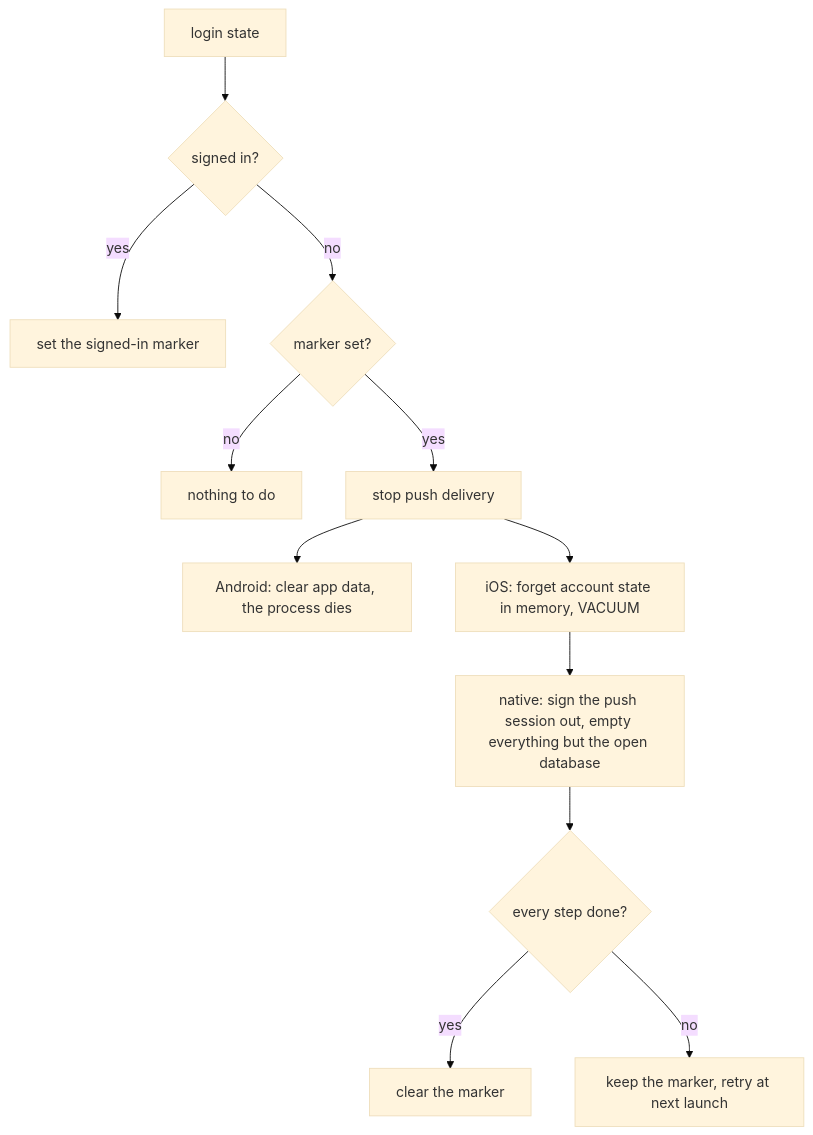
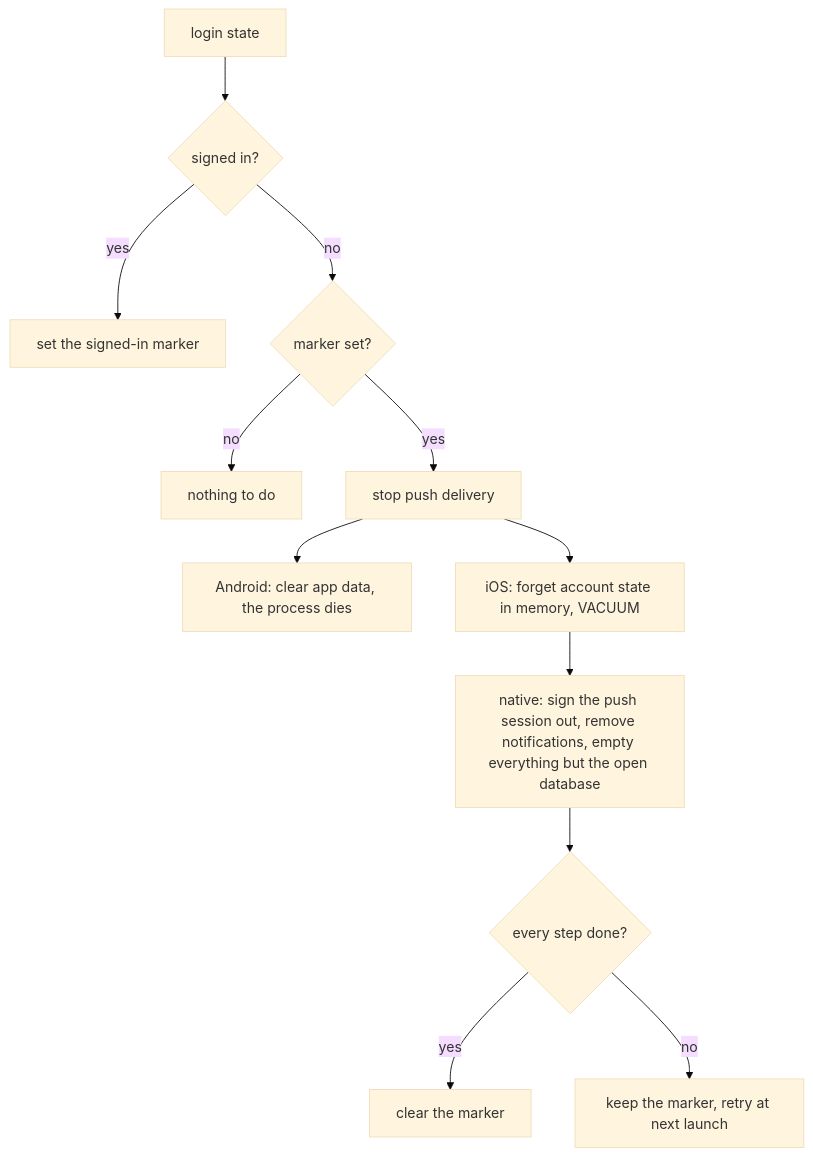
One commit to Zuno-Chat/zuno-chat changed the second of 3 diagrams in docs/features/app-foundation.md. Above: the diagram before and after it, drawn with Mermaid (base theme). The commit also changed other lines of this file and 83 other files, not shown here.

````diff
--- a/docs/features/app-foundation.md
+++ b/docs/features/app-foundation.md
@@ -236,14 +236,14 @@
 ```mermaid
 flowchart TD
   A["login state"] --> B{"signed in?"}
   B -- yes --> C["set the signed-in marker"]
   B -- no --> D{"marker set?"}
   D -- no --> E["nothing to do"]
   D -- yes --> F["stop push delivery"]
   F --> G["Android: clear app data, the process dies"]
   F --> H["iOS: forget account state in memory, VACUUM"]
-  H --> I["native: sign the push session out, empty everything but the open database"]
+  H --> I["native: sign the push session out, remove notifications, empty everything but the open database"]
   I --> J{"every step done?"}
   J -- yes --> K["clear the marker"]
   J -- no --> L["keep the marker, retry at next launch"]
 ```
````
